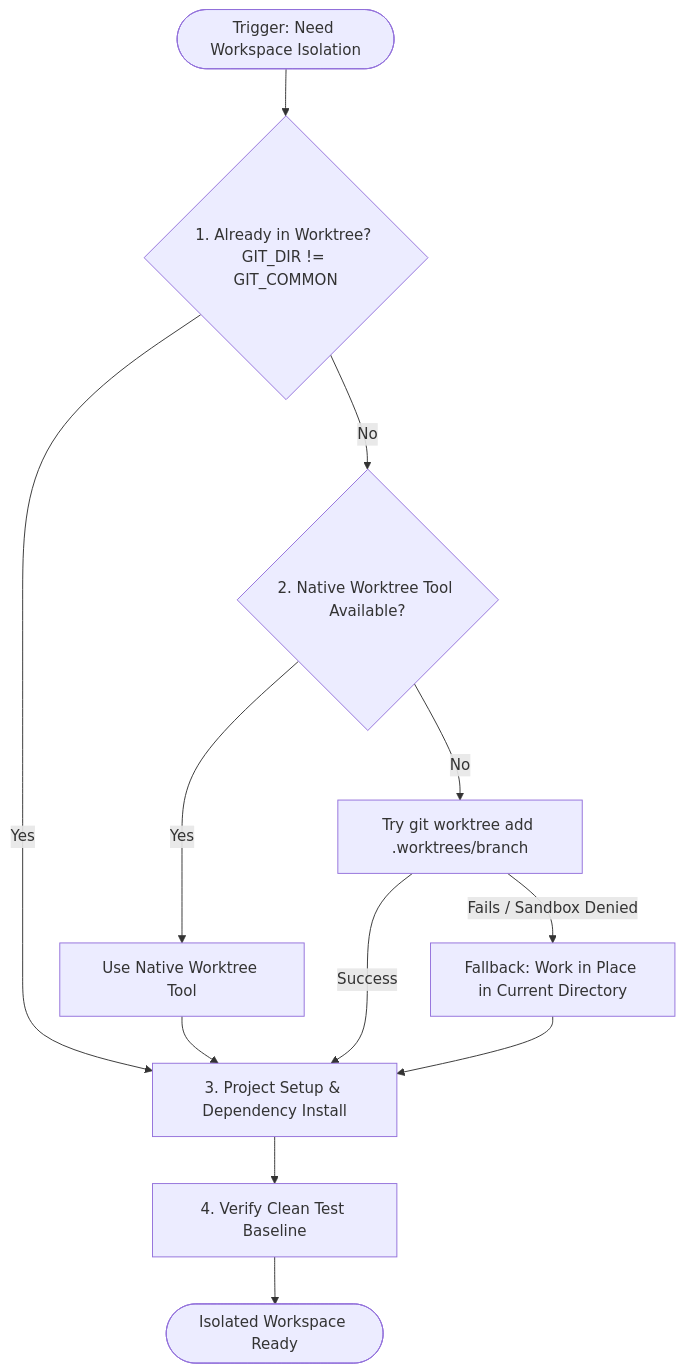
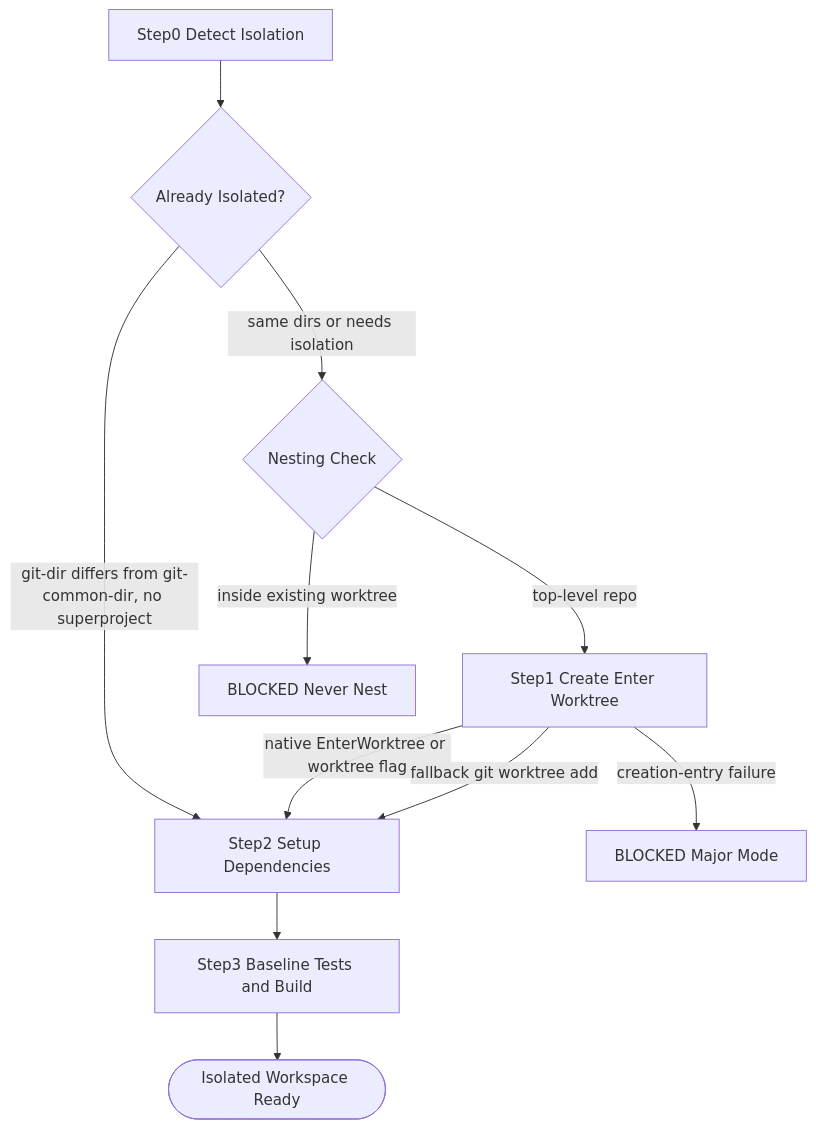
One commit to dyphn1/Harness-everything changed the first of 3 diagrams in docs/workflows/using-git-worktrees.md. Above: the diagram before and after it, drawn with Mermaid. The commit also changed other lines of this file and 16 other files, not shown here.

````diff
--- a/docs/workflows/using-git-worktrees.md
+++ b/docs/workflows/using-git-worktrees.md
@@ -11,15 +11,13 @@
 ```mermaid
 graph TD
-  Start([Trigger: Need Workspace Isolation]) --> CheckIso{1. Already in Worktree? GIT_DIR != GIT_COMMON}
-  CheckIso -->|Yes| Setup["3. Project Setup & Dependency Install"]
-  CheckIso -->|No| CheckNative{2. Native Worktree Tool Available?}
-  
-  CheckNative -->|Yes| RunNative["Use Native Worktree Tool"] --> Setup
-  CheckNative -->|No| RunGit["Try git worktree add .worktrees/branch"]
-  
-  RunGit -->|Success| Setup
-  RunGit -->|Fails / Sandbox Denied| WorkInPlace["Fallback: Work in Place in Current Directory"] --> Setup
-  
-  Setup --> RunBaseline["4. Verify Clean Test Baseline"]
-  RunBaseline --> End([Isolated Workspace Ready])
+  Detect[Step0 Detect Isolation] --> Isolated{Already Isolated?}
+  Isolated -->|git-dir differs from git-common-dir, no superproject| Setup[Step2 Setup Dependencies]
+  Isolated -->|same dirs or needs isolation| NestGuard{Nesting Check}
+  NestGuard -->|inside existing worktree| BlockedA[BLOCKED Never Nest]
+  NestGuard -->|top-level repo| Create[Step1 Create Enter Worktree]
+  Create -->|native EnterWorktree or worktree flag| Setup
+  Create -->|fallback git worktree add| Setup
+  Create -->|creation-entry failure| BlockedB[BLOCKED Major Mode]
+  Setup --> Baseline[Step3 Baseline Tests and Build]
+  Baseline --> Ready([Isolated Workspace Ready])
 ```
````
